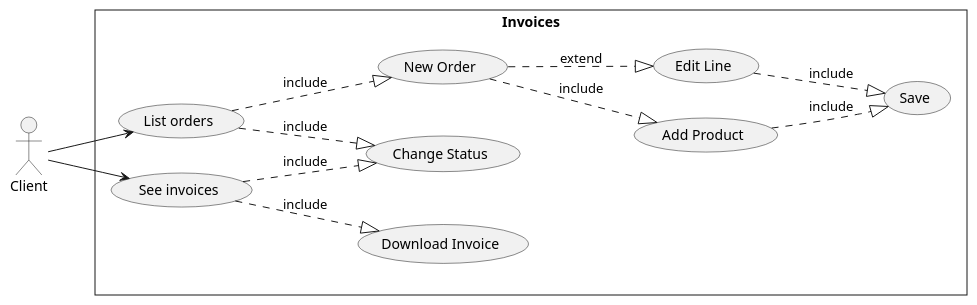
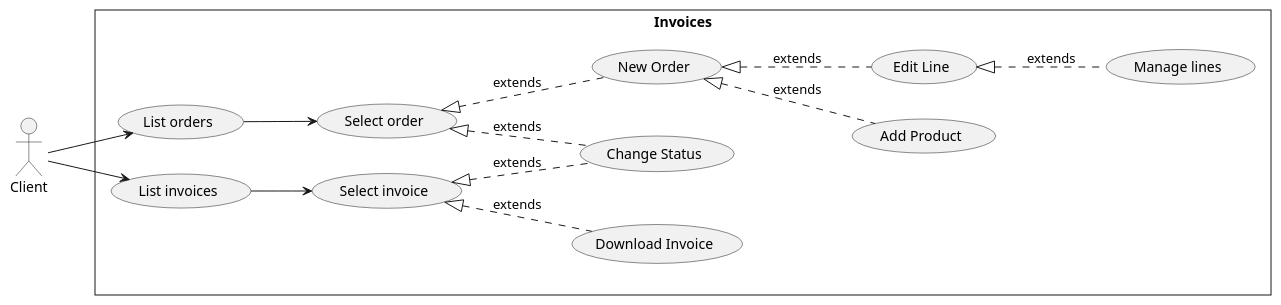
Before and after one commit to thevirag0/angular_repaso: the diagram in repaso_v_front/src/diagrams/useCaseDia.puml, drawn with PlantUML. The commit also changed 3 other files, not shown here.

```diff
--- a/repaso_v_front/src/diagrams/useCaseDia.puml
+++ b/repaso_v_front/src/diagrams/useCaseDia.puml
@@ -1,32 +1,36 @@
 @startuml UseCases_Invoices
 
 skinparam style strictuml
 left to right direction
 
 actor Client as C
 
 rectangle "Invoices" {
     usecase "List orders" as LOrd
-    usecase "See invoices" as SInv
+    usecase "Select order" as SelOrd
+    usecase "Select invoice" as SelInv
+    usecase "List invoices" as SInv
     usecase "New Order" as NewOrd
+    usecase "Manage lines" as MLines
     usecase "Add Product" as AddProd
     usecase "Edit Line" as ELine
-    usecase "Save" as Save
     usecase "Change Status" as ChStatus
     usecase "Download Invoice" as DPdf
 }
 
 C --> LOrd
+LOrd --> SelOrd
 C --> SInv
+SInv --> SelInv
 
-LOrd ..|> NewOrd : include
-LOrd ..|> ChStatus : include
-NewOrd ..|> AddProd : include
-NewOrd ..|> ELine : extend
-AddProd ..|> Save : include
-ELine ..|> Save : include
+SelOrd <|.. NewOrd : extends
+SelOrd <|.. ChStatus : extends
+NewOrd <|.. AddProd : extends
+NewOrd <|.. ELine : extends
+ELine <|.. MLines : extends
 
-SInv ..|> ChStatus : include
-SInv ..|> DPdf : include
+
+SelInv <|.. ChStatus : extends
+SelInv <|.. DPdf : extends
 
 @enduml
```
